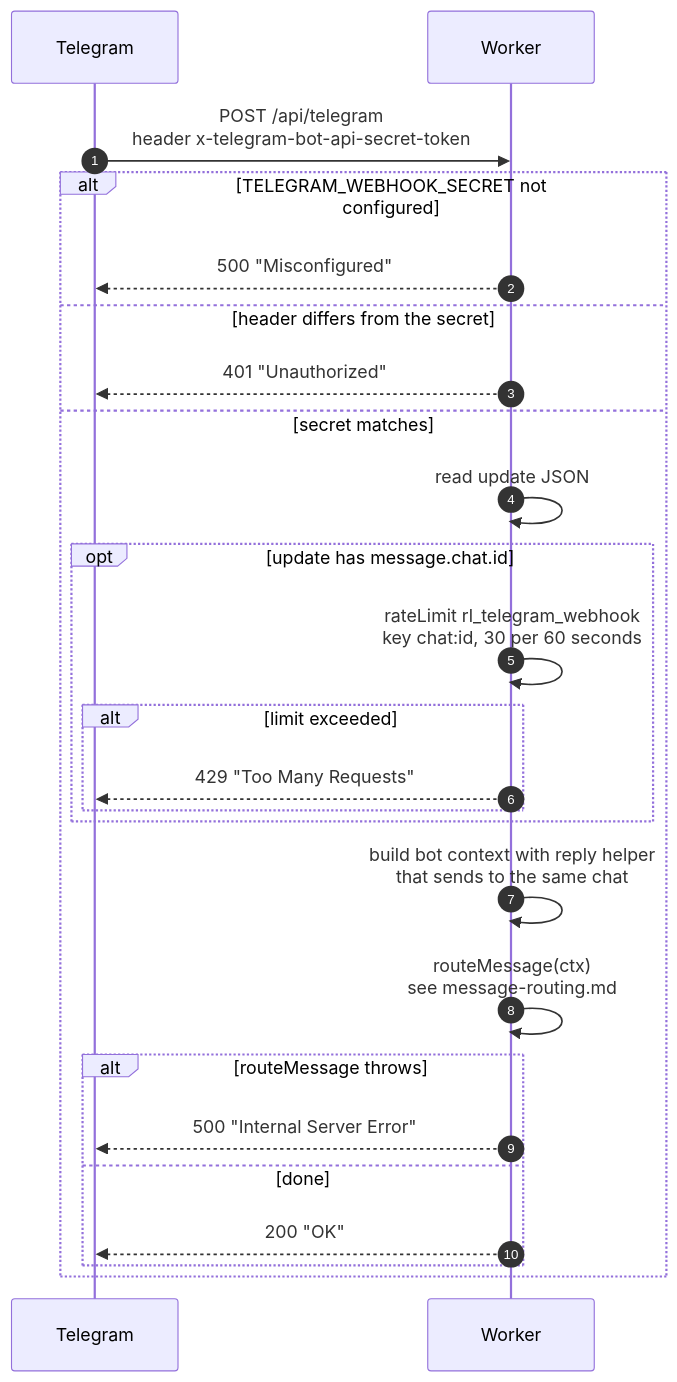
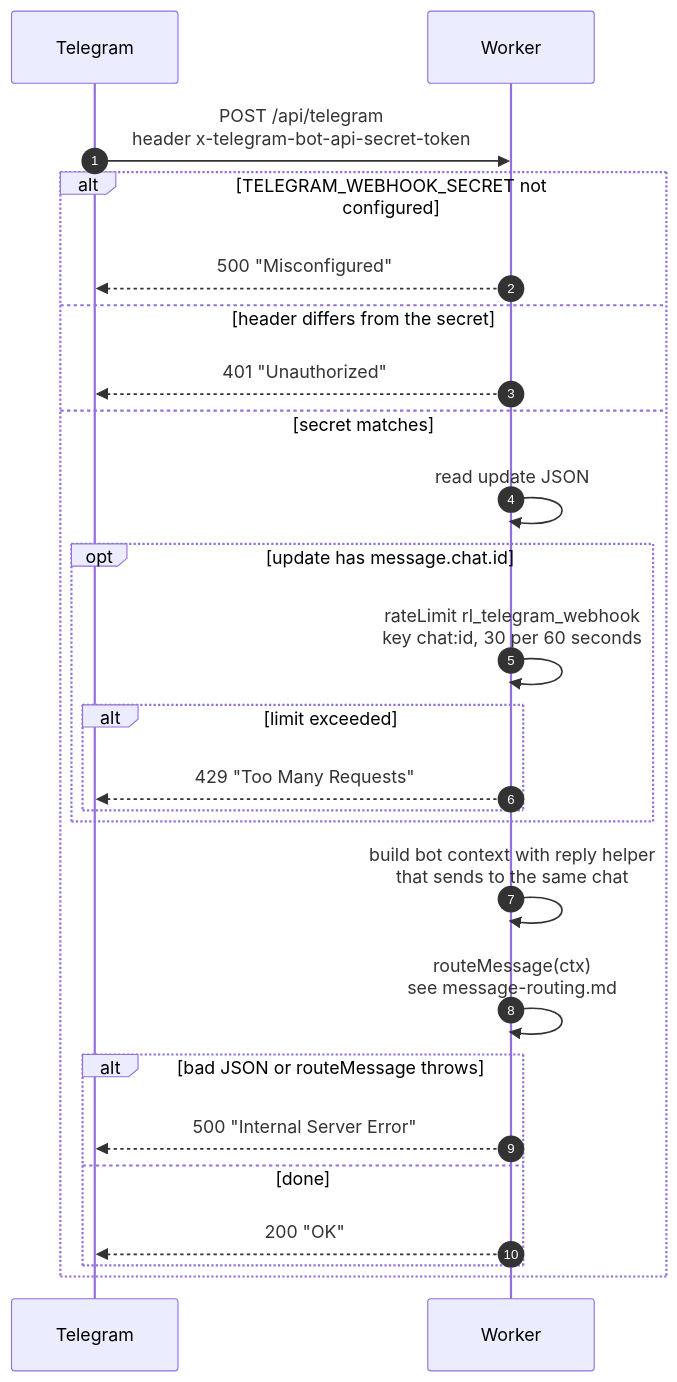
Before and after one commit to sagyzdop/meriksirat: the diagram in docs/scenarios/telegram/webhook.md, drawn with Mermaid. The commit also changed other lines of this file and 13 other files, not shown here.

Commit message:
docs(scenarios): verify telegram diagrams against code

````diff
--- a/docs/scenarios/telegram/webhook.md
+++ b/docs/scenarios/telegram/webhook.md
@@ -25,27 +27,27 @@
 ```mermaid
 sequenceDiagram
     autonumber
     participant Telegram
     participant Worker
     Telegram->>Worker: POST /api/telegram<br/>header x-telegram-bot-api-secret-token
     alt TELEGRAM_WEBHOOK_SECRET not configured
         Worker-->>Telegram: 500 "Misconfigured"
     else header differs from the secret
         Worker-->>Telegram: 401 "Unauthorized"
     else secret matches
         Worker->>Worker: read update JSON
         opt update has message.chat.id
             Worker->>Worker: rateLimit rl_telegram_webhook<br/>key chat:id, 30 per 60 seconds
             alt limit exceeded
                 Worker-->>Telegram: 429 "Too Many Requests"
             end
         end
         Worker->>Worker: build bot context with reply helper<br/>that sends to the same chat
         Worker->>Worker: routeMessage(ctx)<br/>see message-routing.md
-        alt routeMessage throws
+        alt bad JSON or routeMessage throws
             Worker-->>Telegram: 500 "Internal Server Error"
         else done
             Worker-->>Telegram: 200 "OK"
         end
     end
 ```
````
